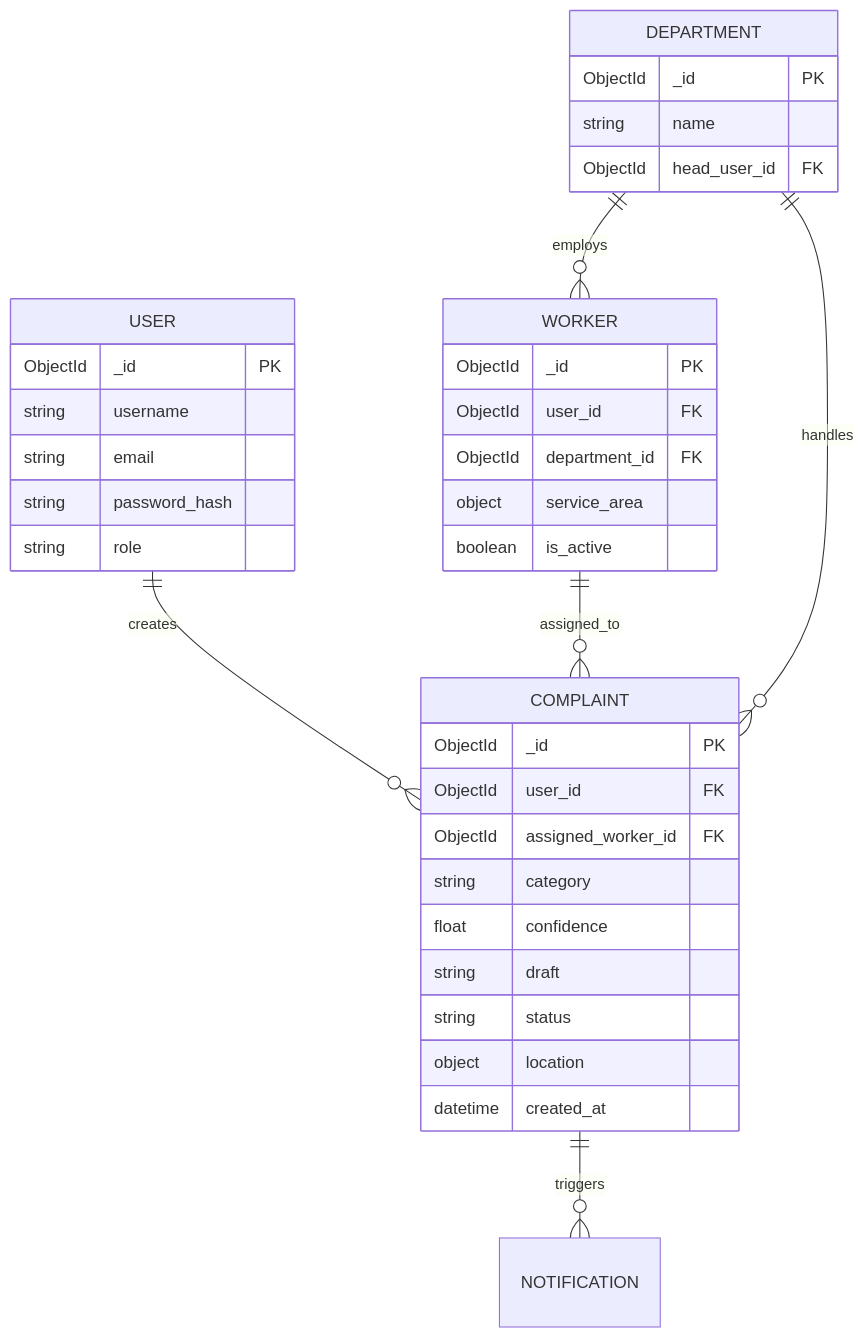
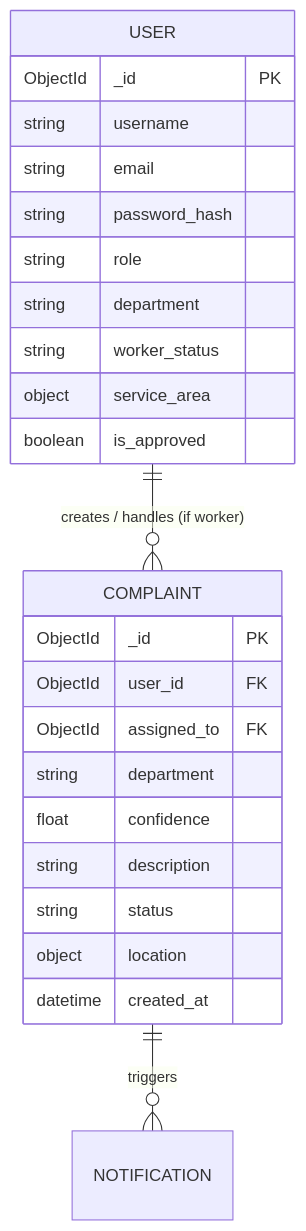
Before and after one commit to ark5234/Jan-Sunwai-AI: the second of 10 diagrams in docs/DIAGRAMS.md, drawn with Mermaid. The commit also changed other lines of this file and 26 other files, not shown here.

````diff
--- a/docs/DIAGRAMS.md
+++ b/docs/DIAGRAMS.md
@@ -41,42 +46,29 @@
 ```mermaid
 erDiagram
-    USER ||--o{ COMPLAINT : creates
-    WORKER ||--o{ COMPLAINT : assigned_to
-    DEPARTMENT ||--o{ WORKER : employs
-    DEPARTMENT ||--o{ COMPLAINT : handles
+    USER ||--o{ COMPLAINT : "creates / handles (if worker)"
     COMPLAINT ||--o{ NOTIFICATION : triggers
     
     USER {
         ObjectId _id PK
         string username
         string email
         string password_hash
         string role
-    }
-    
-    WORKER {
-        ObjectId _id PK
-        ObjectId user_id FK
-        ObjectId department_id FK
+        string department
+        string worker_status
         object service_area
-        boolean is_active
+        boolean is_approved
     }
     
     COMPLAINT {
         ObjectId _id PK
         ObjectId user_id FK
-        ObjectId assigned_worker_id FK
-        string category
+        ObjectId assigned_to FK
+        string department
         float confidence
-        string draft
+        string description
         string status
         object location
         datetime created_at
     }
-    
-    DEPARTMENT {
-        ObjectId _id PK
-        string name
-        ObjectId head_user_id FK
-    }
 ```
````
